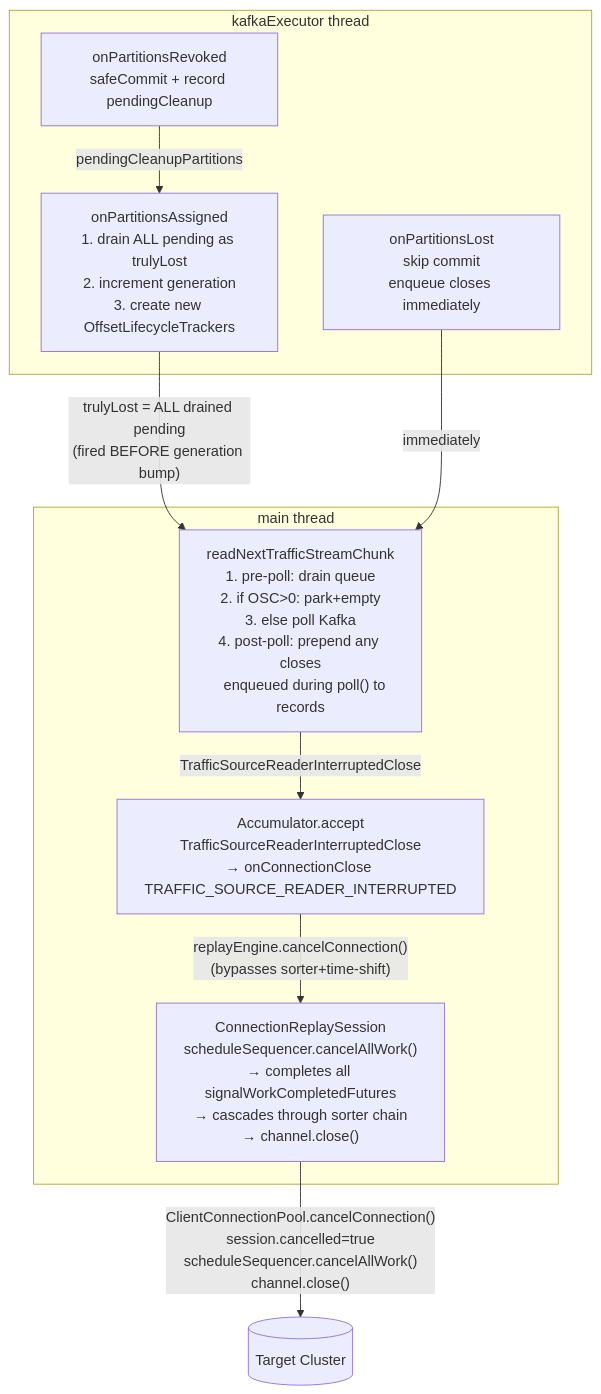
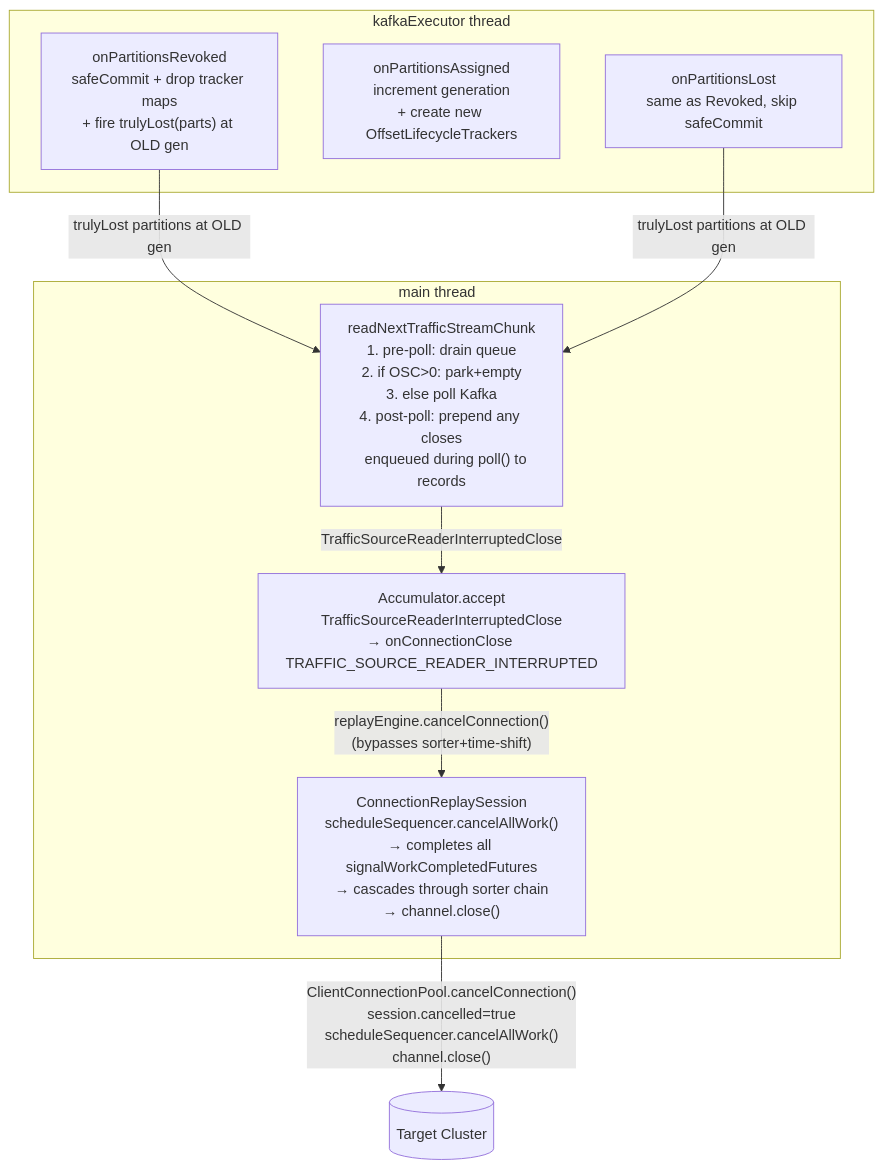
The fourth of 4 diagrams in docs/replayerArchitecture.md (opensearch-project/opensearch-migrations), drawn with Mermaid before and after one commit. The commit also changed other lines of this file and 4 other files, not shown here.

````diff
--- a/docs/replayerArchitecture.md
+++ b/docs/replayerArchitecture.md
@@ -549,21 +550,20 @@
 ```mermaid
 flowchart TD
     subgraph kafkaExecutor["kafkaExecutor thread"]
-        REV[onPartitionsRevoked\nsafeCommit + record pendingCleanup]
-        ASN["onPartitionsAssigned\n1. drain ALL pending as trulyLost\n2. increment generation\n3. create new OffsetLifecycleTrackers"]
-        LOST[onPartitionsLost\nskip commit\nenqueue closes immediately]
+        REV["onPartitionsRevoked\nsafeCommit + drop tracker maps\n+ fire trulyLost(parts) at OLD gen"]
+        ASN["onPartitionsAssigned\nincrement generation\n+ create new OffsetLifecycleTrackers"]
+        LOST["onPartitionsLost\nsame as Revoked, skip safeCommit"]
     end
 
     subgraph mainThread["main thread"]
         SYNTH["readNextTrafficStreamChunk\n1. pre-poll: drain queue\n2. if OSC>0: park+empty\n3. else poll Kafka\n4. post-poll: prepend any closes\n   enqueued during poll() to records"]
         ACC2[Accumulator.accept\nTrafficSourceReaderInterruptedClose\n→ onConnectionClose TRAFFIC_SOURCE_READER_INTERRUPTED]
         CANCEL["ConnectionReplaySession\nscheduleSequencer.cancelAllWork()\n→ completes all signalWorkCompletedFutures\n→ cascades through sorter chain\n→ channel.close()"]
     end
 
-    REV -->|pendingCleanupPartitions| ASN
-    ASN -->|"trulyLost = ALL drained pending\n(fired BEFORE generation bump)"| SYNTH
-    LOST -->|immediately| SYNTH
+    REV -->|trulyLost partitions at OLD gen| SYNTH
+    LOST -->|trulyLost partitions at OLD gen| SYNTH
     SYNTH -->|TrafficSourceReaderInterruptedClose| ACC2
     ACC2 -->|"replayEngine.cancelConnection()\n(bypasses sorter+time-shift)"| CANCEL
     CANCEL -->|"ClientConnectionPool.cancelConnection()\nsession.cancelled=true\nscheduleSequencer.cancelAllWork()\nchannel.close()"| Target[(Target Cluster)]
 ```
````
